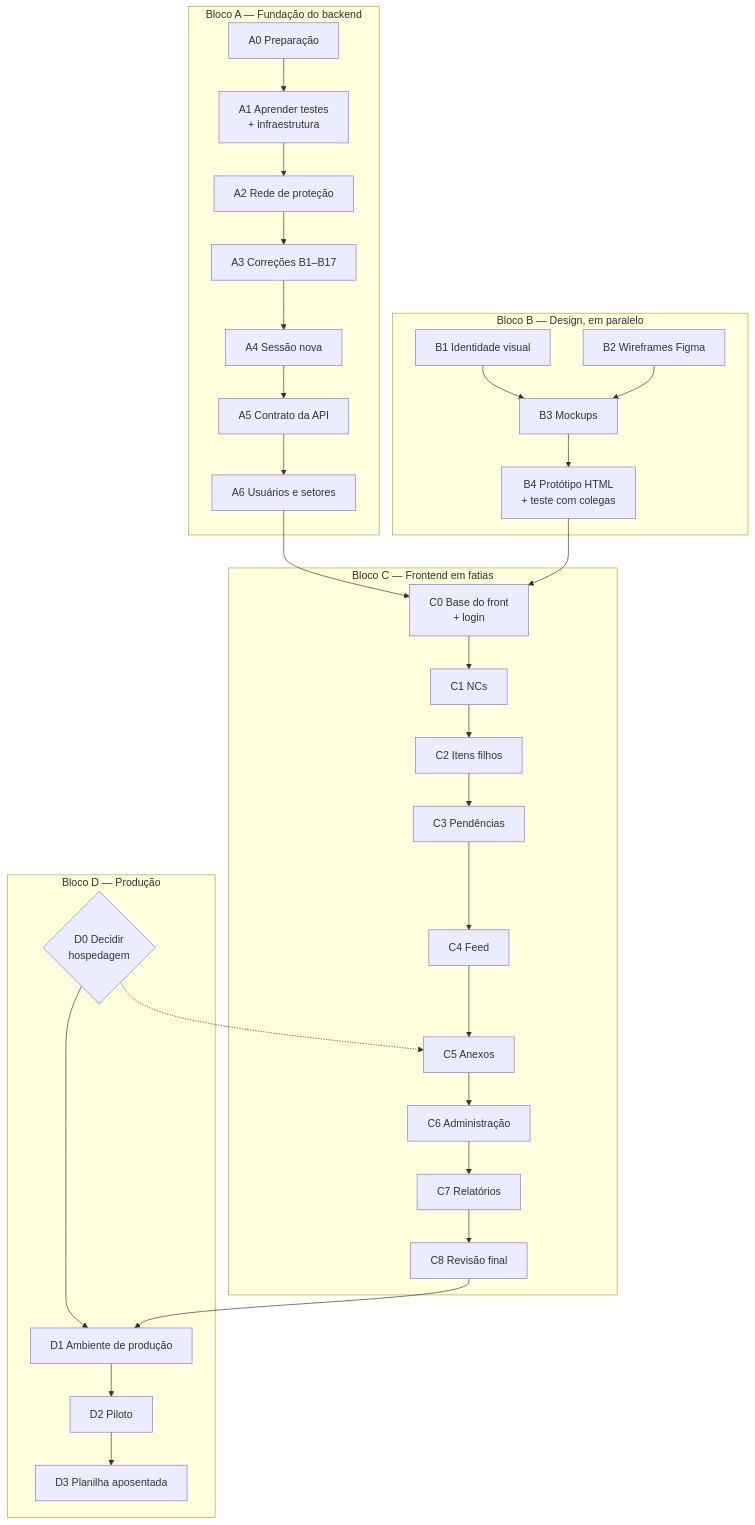
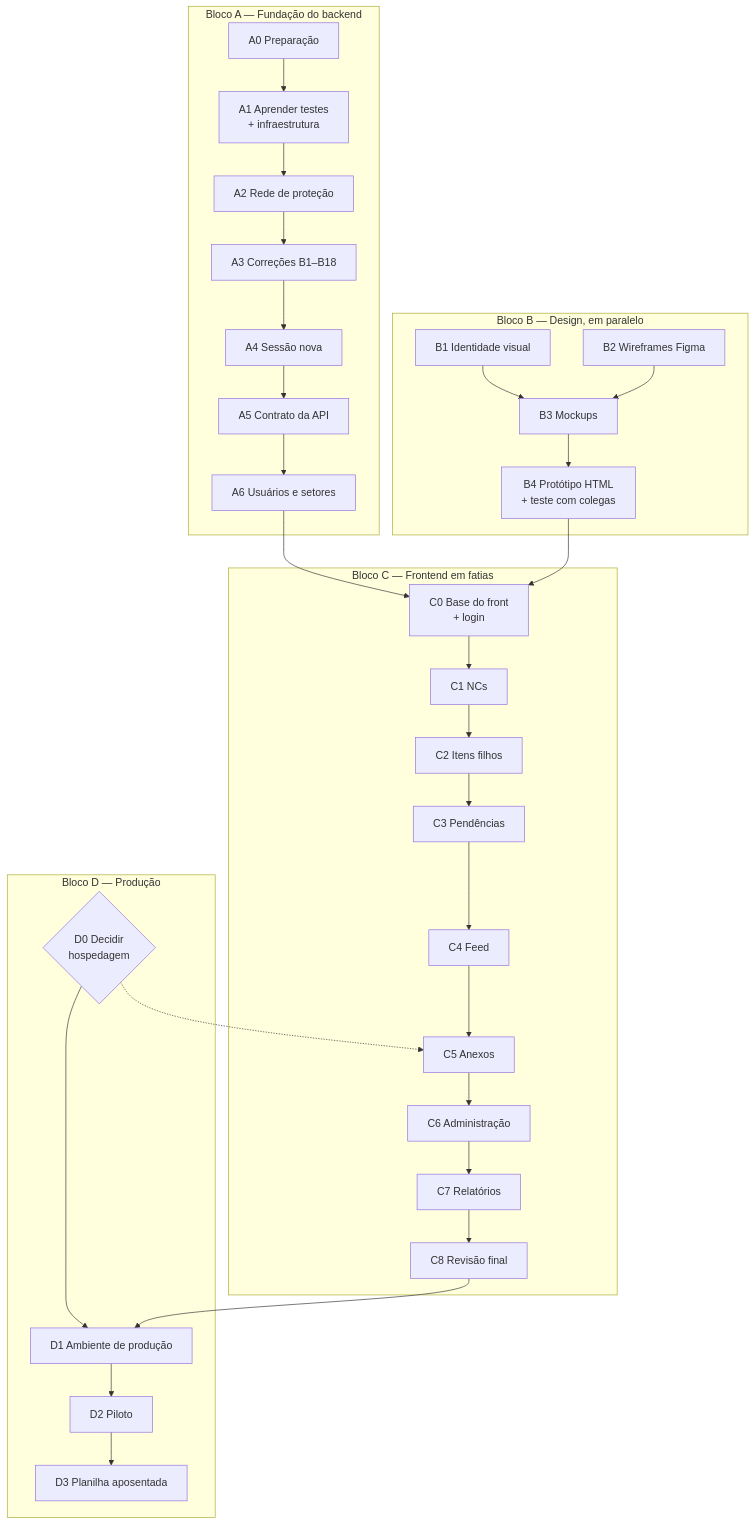
One commit to fellipemnds/qualityhub changed the diagram in docs/plano-implementacao.md. Above: the diagram before and after it, drawn with Mermaid. The commit also changed other lines of this file and 2 other files, not shown here.

````diff
--- a/docs/plano-implementacao.md
+++ b/docs/plano-implementacao.md
@@ -45,39 +45,39 @@
 ```mermaid
 flowchart TD
     subgraph A[Bloco A — Fundação do backend]
         A0[A0 Preparação] --> A1[A1 Aprender testes<br/>+ infraestrutura]
         A1 --> A2[A2 Rede de proteção]
-        A2 --> A3[A3 Correções B1–B17]
+        A2 --> A3[A3 Correções B1–B18]
         A3 --> A4[A4 Sessão nova]
         A4 --> A5[A5 Contrato da API]
         A5 --> A6[A6 Usuários e setores]
     end
 
     subgraph B[Bloco B — Design, em paralelo]
         B1[B1 Identidade visual] --> B3
         B2[B2 Wireframes Figma] --> B3[B3 Mockups]
         B3 --> B4[B4 Protótipo HTML<br/>+ teste com colegas]
     end
 
     subgraph C[Bloco C — Frontend em fatias]
         C0[C0 Base do front<br/>+ login] --> C1[C1 NCs]
         C1 --> C2[C2 Itens filhos]
         C2 --> C3[C3 Pendências]
         C3 --> C4[C4 Feed]
         C4 --> C5[C5 Anexos]
         C5 --> C6[C6 Administração]
         C6 --> C7[C7 Relatórios]
         C7 --> C8[C8 Revisão final]
     end
 
     subgraph D[Bloco D — Produção]
         D0{D0 Decidir<br/>hospedagem} --> D1[D1 Ambiente de produção]
         D1 --> D2[D2 Piloto]
         D2 --> D3[D3 Planilha aposentada]
     end
 
     A6 --> C0
     B4 --> C0
     D0 -.-> C5
     C8 --> D1
 ```
````
